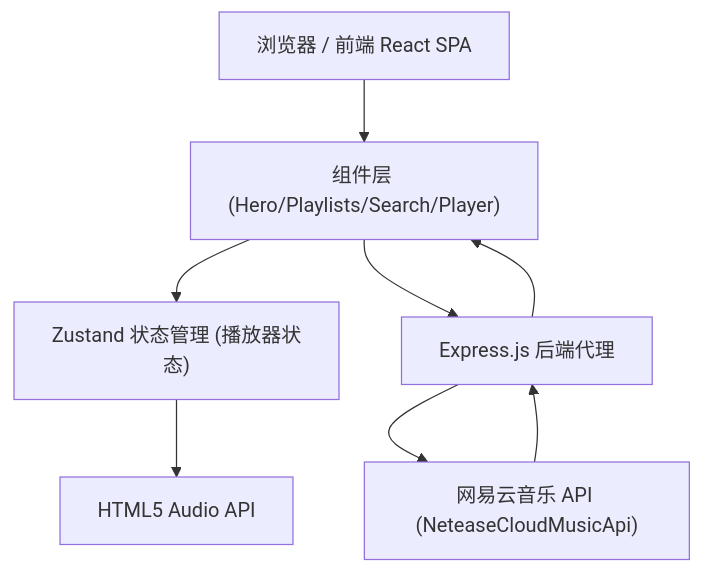
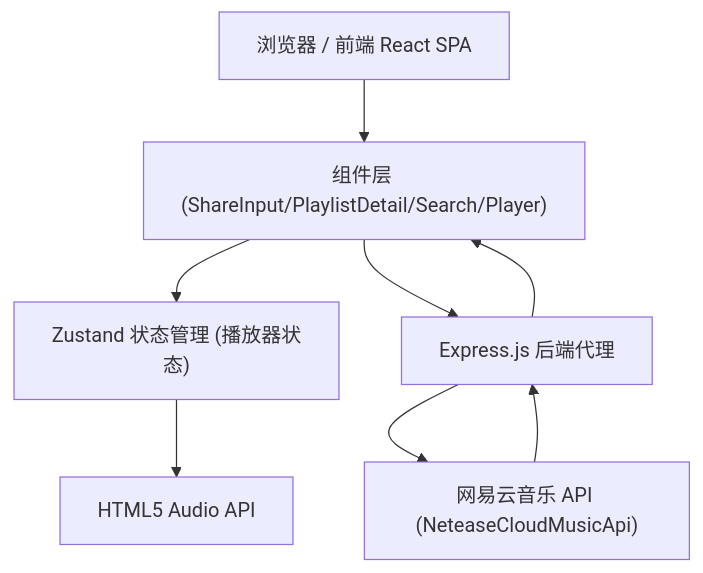
Before and after one commit to Fionn7/Music: the diagram in .trae/documents/TECH.md, drawn with Mermaid. The commit also changed other lines of this file and 13 other files, not shown here.

````diff
--- a/.trae/documents/TECH.md
+++ b/.trae/documents/TECH.md
@@ -5,17 +5,17 @@
 ```mermaid
 graph TD
     Browser["浏览器 / 前端 React SPA"]
     State["Zustand 状态管理 (播放器状态)"]
-    Components["组件层 (Hero/Playlists/Search/Player)"]
+    Components["组件层 (ShareInput/PlaylistDetail/Search/Player)"]
     Audio["HTML5 Audio API"]
     Express["Express.js 后端代理"]
     Netease["网易云音乐 API (NeteaseCloudMusicApi)"]
 
     Browser --> Components
     Components --> State
     State --> Audio
     Components --> Express
     Express --> Netease
     Netease --> Express
     Express --> Components
 ```
````
